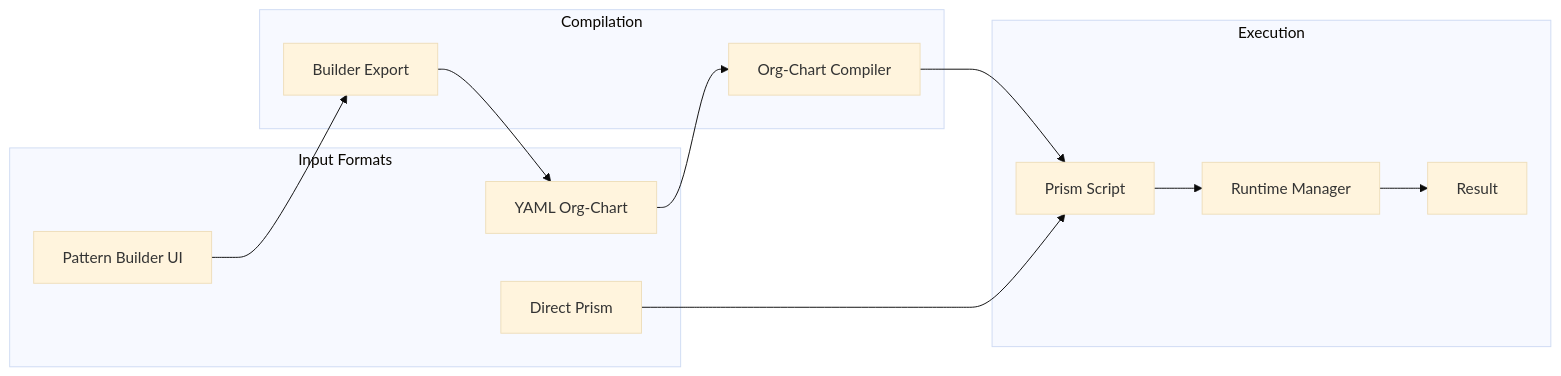
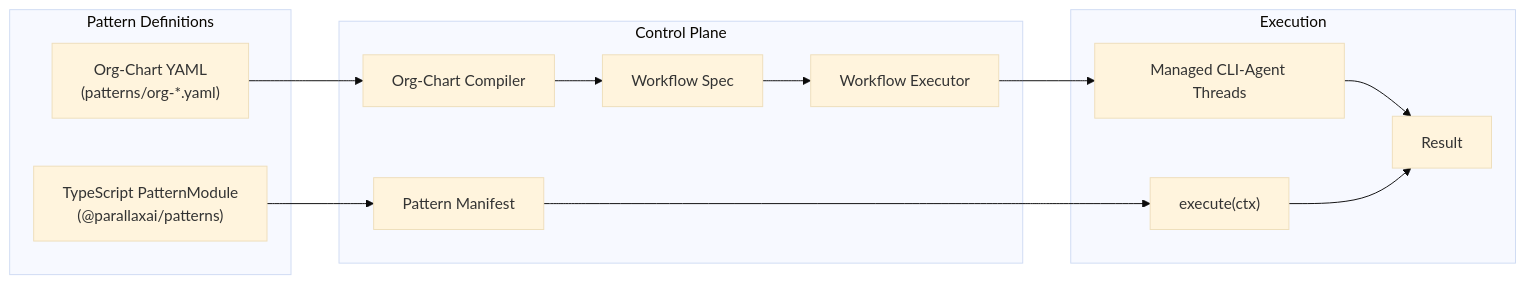
Before and after one commit to HaruHunab1320/parallax: the third of 4 diagrams in apps/docs/docs/architecture/overview.md, drawn with Mermaid (base theme). The commit also changed other lines of this file and 33 other files, not shown here.

First line of the commit message:
docs: bring README, docs/, and docs site current with the architecture

````diff
--- a/apps/docs/docs/architecture/overview.md
+++ b/apps/docs/docs/architecture/overview.md
@@ -199,27 +200,30 @@
 ```mermaid
 flowchart LR
-    subgraph Input["Input Formats"]
-        YAML[YAML Org-Chart]
-        BUILDER[Pattern Builder UI]
-        DIRECT[Direct Prism]
+    subgraph Input["Pattern Definitions"]
+        YAML["Org-Chart YAML\n(patterns/org-*.yaml)"]
+        MODULE["TypeScript PatternModule\n(@parallaxai/patterns)"]
     end
 
-    subgraph Compilation["Compilation"]
+    subgraph Control["Control Plane"]
         OCC[Org-Chart Compiler]
-        EXPORT[Builder Export]
+        SPEC[Workflow Spec]
+        WFE[Workflow Executor]
+        MANIFEST[Pattern Manifest]
     end
 
     subgraph Execution["Execution"]
-        PRISM[Prism Script]
-        RM[Runtime Manager]
+        THREADS["Managed CLI-Agent Threads"]
+        EXEC["execute(ctx)"]
         RESULT[Result]
     end
 
     YAML --> OCC
-    BUILDER --> EXPORT
-    EXPORT --> YAML
-    OCC --> PRISM
-    DIRECT --> PRISM
-    PRISM --> RM
-    RM --> RESULT
+    OCC --> SPEC
+    SPEC --> WFE
+    WFE --> THREADS
+    THREADS --> RESULT
+
+    MODULE --> MANIFEST
+    MANIFEST --> EXEC
+    EXEC --> RESULT
 ```
````
